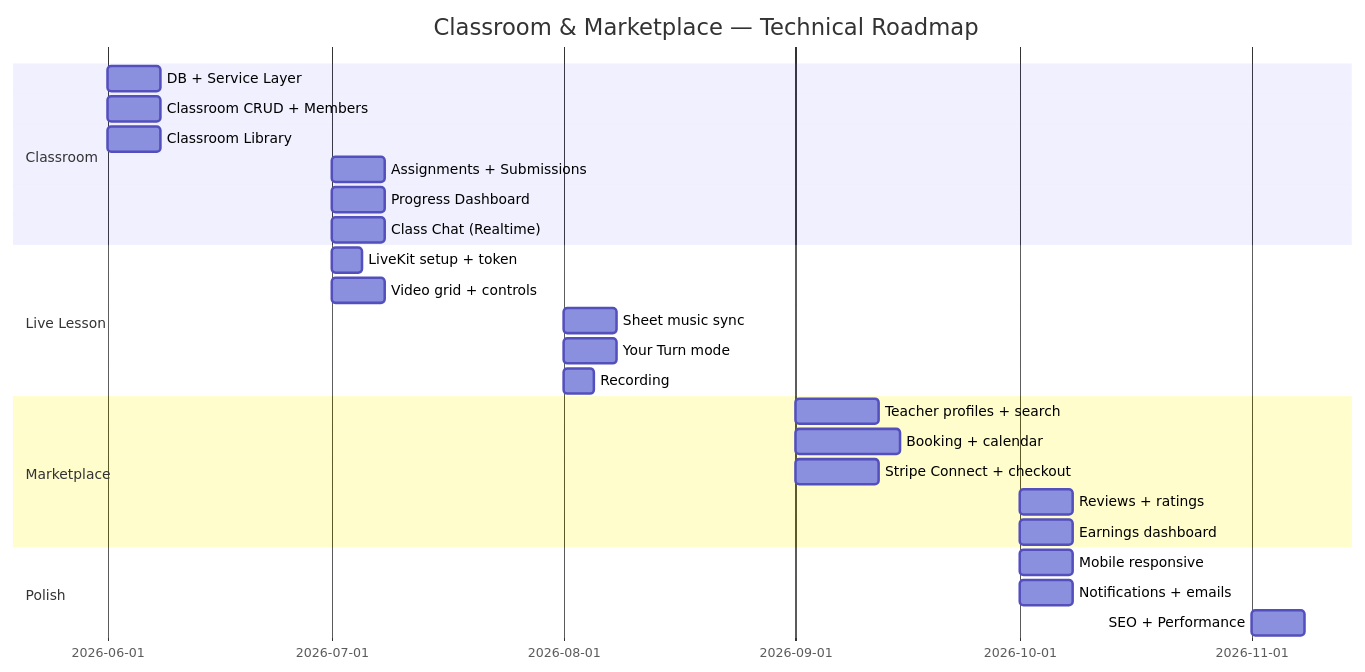
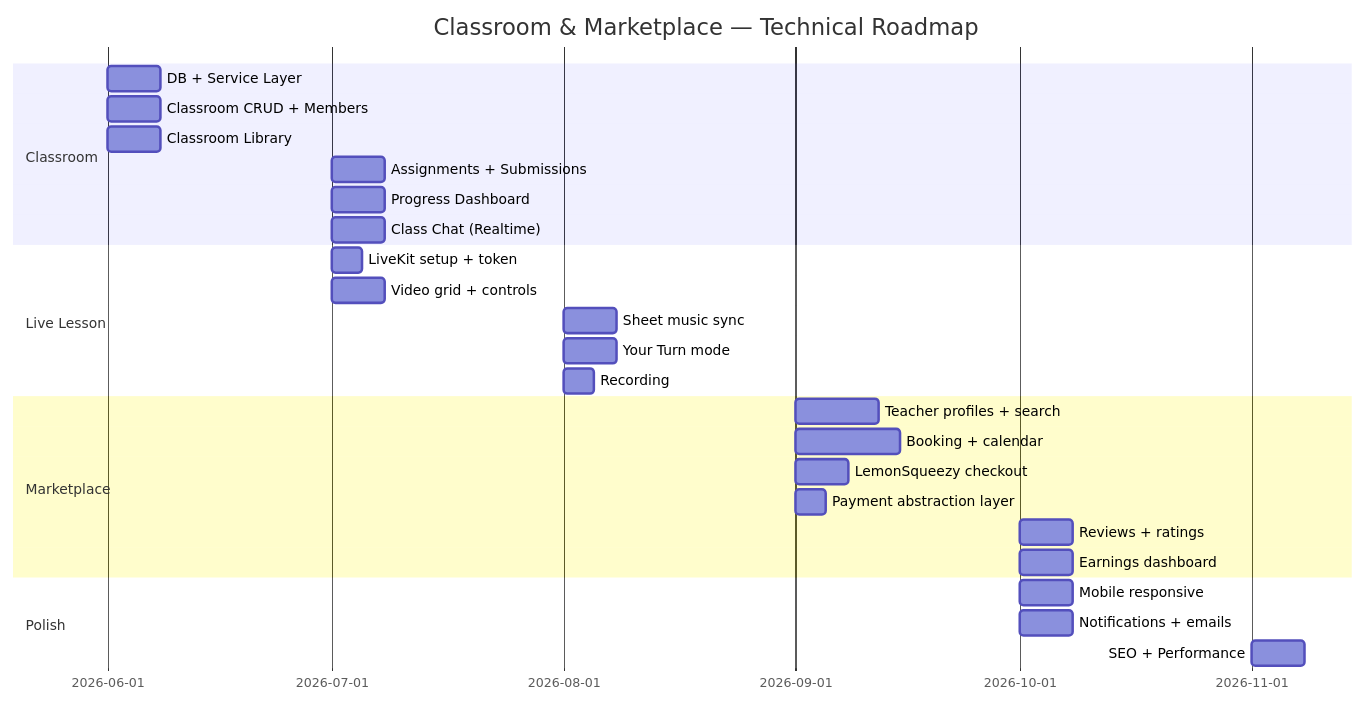
One commit to trungtrungkang/backing-score changed the third of 3 diagrams in docs/main/classroom_marketplace_system_design.md. Above: the diagram before and after it, drawn with Mermaid. The commit also changed other lines of this file and 2 other files, not shown here.

First line of the commit message:
docs: replace Stripe Connect with LemonSqueezy payment architecture

````diff
--- a/docs/main/classroom_marketplace_system_design.md
+++ b/docs/main/classroom_marketplace_system_design.md
@@ -719,28 +795,29 @@
 ```mermaid
 gantt
     title Classroom & Marketplace — Technical Roadmap
     dateFormat YYYY-MM
     section Classroom
     DB + Service Layer         :2026-06, 1w
     Classroom CRUD + Members   :2026-06, 1w
     Classroom Library          :2026-06, 1w
     Assignments + Submissions  :2026-07, 1w
     Progress Dashboard         :2026-07, 1w
     Class Chat (Realtime)      :2026-07, 1w
     section Live Lesson
     LiveKit setup + token      :2026-07, 0.5w
     Video grid + controls      :2026-07, 1w
     Sheet music sync           :2026-08, 1w
     Your Turn mode             :2026-08, 1w
     Recording                  :2026-08, 0.5w
     section Marketplace
     Teacher profiles + search  :2026-09, 1.5w
     Booking + calendar         :2026-09, 2w
-    Stripe Connect + checkout  :2026-09, 1.5w
+    LemonSqueezy checkout     :2026-09, 1w
+    Payment abstraction layer  :2026-09, 0.5w
     Reviews + ratings          :2026-10, 1w
     Earnings dashboard         :2026-10, 1w
     section Polish
     Mobile responsive          :2026-10, 1w
     Notifications + emails     :2026-10, 1w
     SEO + Performance          :2026-11, 1w
 ```
````
